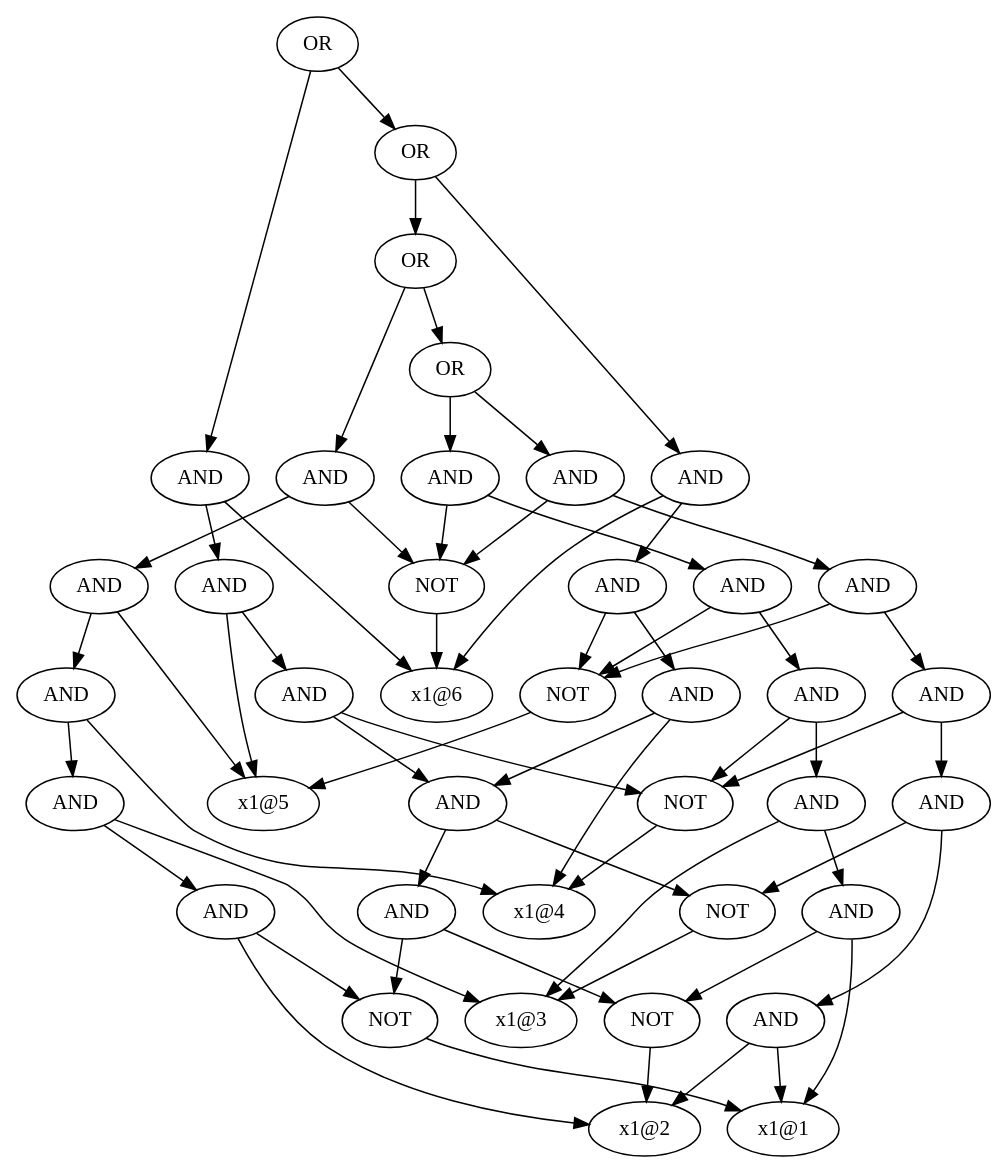
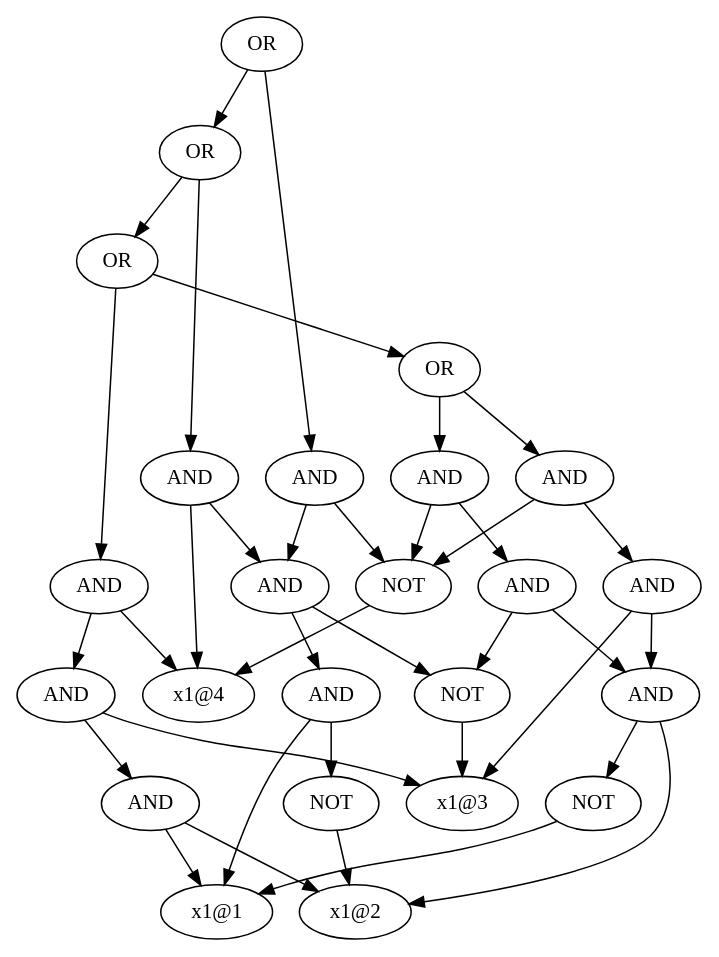
The diagram in data/t2.dot (toda-lab/pygplib), drawn with Graphviz before and after one commit. The commit also changed 9 other files, not shown here.

```diff
--- a/data/t2.dot
+++ b/data/t2.dot
@@ -1,101 +1,62 @@
 digraph output {
-	139815457112944 [label = OR]
-	139815457112848 [label = OR]
-	139815457112752 [label = OR]
-	139815457140496 [label = OR]
-	139815457139296 [label = AND]
-	139815457139200 [label = AND]
-	139815457139104 [label = AND]
-	139815457139008 [label = AND]
-	139815457138912 [label = AND]
-	139815457395712 [label = "x1@1"]
-	139815457395184 [label = "x1@2"]
-	139815457138912 -> 139815457395712
-	139815457138912 -> 139815457395184
-	139815457138432 [label = NOT]
-	139815462798048 [label = "x1@3"]
-	139815457138432 -> 139815462798048
-	139815457139008 -> 139815457138912
-	139815457139008 -> 139815457138432
-	139815457138528 [label = NOT]
-	139815457629424 [label = "x1@4"]
-	139815457138528 -> 139815457629424
-	139815457139104 -> 139815457139008
-	139815457139104 -> 139815457138528
-	139815457138672 [label = NOT]
-	139815457630960 [label = "x1@5"]
-	139815457138672 -> 139815457630960
-	139815457139200 -> 139815457139104
-	139815457139200 -> 139815457138672
-	139815457138768 [label = NOT]
-	139815457816096 [label = "x1@6"]
-	139815457138768 -> 139815457816096
-	139815457139296 -> 139815457139200
-	139815457139296 -> 139815457138768
-	139815457139872 [label = AND]
-	139815457139776 [label = AND]
-	139815457139680 [label = AND]
-	139815457139584 [label = AND]
-	139815457139392 [label = AND]
-	139815457139440 [label = NOT]
-	139815457139440 -> 139815457395184
-	139815457139392 -> 139815457395712
-	139815457139392 -> 139815457139440
-	139815457139584 -> 139815457139392
-	139815457139584 -> 139815462798048
-	139815457139680 -> 139815457139584
-	139815457139680 -> 139815457138528
-	139815457139776 -> 139815457139680
-	139815457139776 -> 139815457138672
-	139815457139872 -> 139815457139776
-	139815457139872 -> 139815457138768
-	139815457140496 -> 139815457139296
-	139815457140496 -> 139815457139872
-	139815457140448 [label = AND]
-	139815457140352 [label = AND]
-	139815457140256 [label = AND]
-	139815457140160 [label = AND]
-	139815457140064 [label = AND]
-	139815457139344 [label = NOT]
-	139815457139344 -> 139815457395712
-	139815457140064 -> 139815457139344
-	139815457140064 -> 139815457395184
-	139815457140160 -> 139815457140064
-	139815457140160 -> 139815462798048
-	139815457140256 -> 139815457140160
-	139815457140256 -> 139815457629424
-	139815457140352 -> 139815457140256
-	139815457140352 -> 139815457630960
-	139815457140448 -> 139815457140352
-	139815457140448 -> 139815457138768
-	139815457112752 -> 139815457140496
-	139815457112752 -> 139815457140448
-	139815457112320 [label = AND]
-	139815457112224 [label = AND]
-	139815457140688 [label = AND]
-	139815457140640 [label = AND]
-	139815457140592 [label = AND]
-	139815457140592 -> 139815457139344
-	139815457140592 -> 139815457139440
-	139815457140640 -> 139815457140592
-	139815457140640 -> 139815457138432
-	139815457140688 -> 139815457140640
-	139815457140688 -> 139815457629424
-	139815457112224 -> 139815457140688
-	139815457112224 -> 139815457138672
-	139815457112320 -> 139815457112224
-	139815457112320 -> 139815457816096
-	139815457112848 -> 139815457112752
-	139815457112848 -> 139815457112320
-	139815457112608 [label = AND]
-	139815457112512 [label = AND]
-	139815457112464 [label = AND]
-	139815457112464 -> 139815457140640
-	139815457112464 -> 139815457138528
-	139815457112512 -> 139815457112464
-	139815457112512 -> 139815457630960
-	139815457112608 -> 139815457112512
-	139815457112608 -> 139815457816096
-	139815457112944 -> 139815457112848
-	139815457112944 -> 139815457112608
+	140554792031952 [label = OR]
+	140554792031856 [label = OR]
+	140554792031712 [label = OR]
+	140554792031616 [label = OR]
+	140554792030560 [label = AND]
+	140554792030464 [label = AND]
+	140554792030368 [label = AND]
+	140554785406784 [label = NOT]
+	140554791937168 [label = "x1@1"]
+	140554785406784 -> 140554791937168
+	140554791939808 [label = "x1@2"]
+	140554792030368 -> 140554785406784
+	140554792030368 -> 140554791939808
+	140554791939376 [label = "x1@3"]
+	140554792030464 -> 140554792030368
+	140554792030464 -> 140554791939376
+	140554785406928 [label = NOT]
+	140554791938368 [label = "x1@4"]
+	140554785406928 -> 140554791938368
+	140554792030560 -> 140554792030464
+	140554792030560 -> 140554785406928
+	140554792030848 [label = AND]
+	140554792030800 [label = AND]
+	140554785406640 [label = NOT]
+	140554785406640 -> 140554791939376
+	140554792030800 -> 140554792030368
+	140554792030800 -> 140554785406640
+	140554792030848 -> 140554792030800
+	140554792030848 -> 140554785406928
+	140554792031616 -> 140554792030560
+	140554792031616 -> 140554792030848
+	140554792031136 [label = AND]
+	140554792031088 [label = AND]
+	140554792030992 [label = AND]
+	140554792030992 -> 140554791937168
+	140554792030992 -> 140554791939808
+	140554792031088 -> 140554792030992
+	140554792031088 -> 140554791939376
+	140554792031136 -> 140554792031088
+	140554792031136 -> 140554791938368
+	140554792031712 -> 140554792031616
+	140554792031712 -> 140554792031136
+	140554792031520 [label = AND]
+	140554792031424 [label = AND]
+	140554792031232 [label = AND]
+	140554792031280 [label = NOT]
+	140554792031280 -> 140554791939808
+	140554792031232 -> 140554791937168
+	140554792031232 -> 140554792031280
+	140554792031424 -> 140554792031232
+	140554792031424 -> 140554785406640
+	140554792031520 -> 140554792031424
+	140554792031520 -> 140554791938368
+	140554792031856 -> 140554792031712
+	140554792031856 -> 140554792031520
+	140554792031568 [label = AND]
+	140554792031568 -> 140554792031424
+	140554792031568 -> 140554785406928
+	140554792031952 -> 140554792031856
+	140554792031952 -> 140554792031568
 }
```
